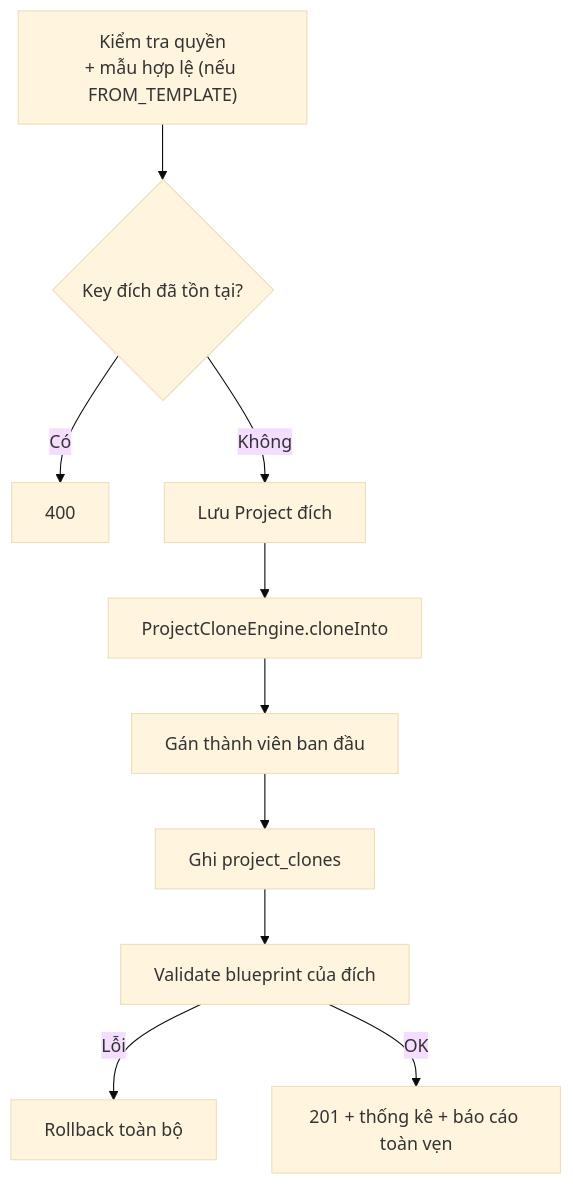
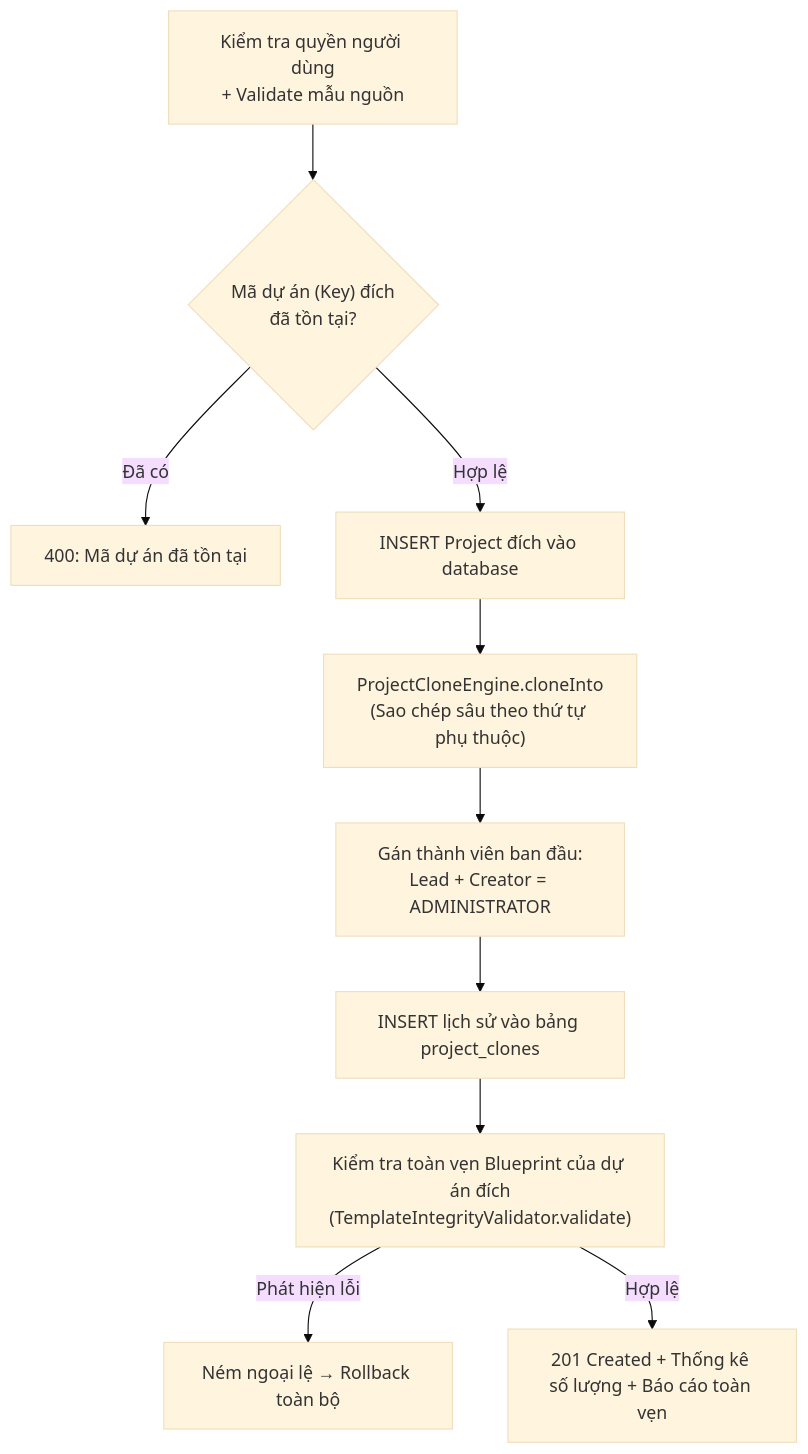
Before and after one commit to Hecker-Chuoi/DATN-2026: the fifth of 6 diagrams in formal_doc/04_NGHIEP_VU_TEMPLATE_CLONE.md, drawn with Mermaid (base theme). The commit also changed other lines of this file and 60 other files, not shown here.

````diff
--- a/formal_doc/04_NGHIEP_VU_TEMPLATE_CLONE.md
+++ b/formal_doc/04_NGHIEP_VU_TEMPLATE_CLONE.md
@@ -162,12 +117,12 @@
 ```mermaid
 flowchart TD
-    A["Kiểm tra quyền<br/>+ mẫu hợp lệ (nếu FROM_TEMPLATE)"] --> B{"Key đích đã tồn tại?"}
-    B -- "Có" --> X["400"]
-    B -- "Không" --> C["Lưu Project đích"]
-    C --> D["ProjectCloneEngine.cloneInto"]
-    D --> E["Gán thành viên ban đầu"]
-    E --> F["Ghi project_clones"]
-    F --> G["Validate blueprint của đích"]
-    G -- "Lỗi" --> RB["Rollback toàn bộ"]
-    G -- "OK" --> R["201 + thống kê + báo cáo toàn vẹn"]
+    A["Kiểm tra quyền người dùng<br/>+ Validate mẫu nguồn"] --> B{"Mã dự án (Key) đích<br/>đã tồn tại?"}
+    B -- "Đã có" --> X["400: Mã dự án đã tồn tại"]
+    B -- "Hợp lệ" --> C["INSERT Project đích vào database"]
+    C --> D["ProjectCloneEngine.cloneInto<br/>(Sao chép sâu theo thứ tự phụ thuộc)"]
+    D --> E["Gán thành viên ban đầu:<br/>Lead + Creator = ADMINISTRATOR"]
+    E --> F["INSERT lịch sử vào bảng project_clones"]
+    F --> G["Kiểm tra toàn vẹn Blueprint của dự án đích<br/>(TemplateIntegrityValidator.validate)"]
+    G -- "Phát hiện lỗi" --> RB["Ném ngoại lệ → Rollback toàn bộ"]
+    G -- "Hợp lệ" --> R["201 Created + Thống kê số lượng + Báo cáo toàn vẹn"]
 ```
````
